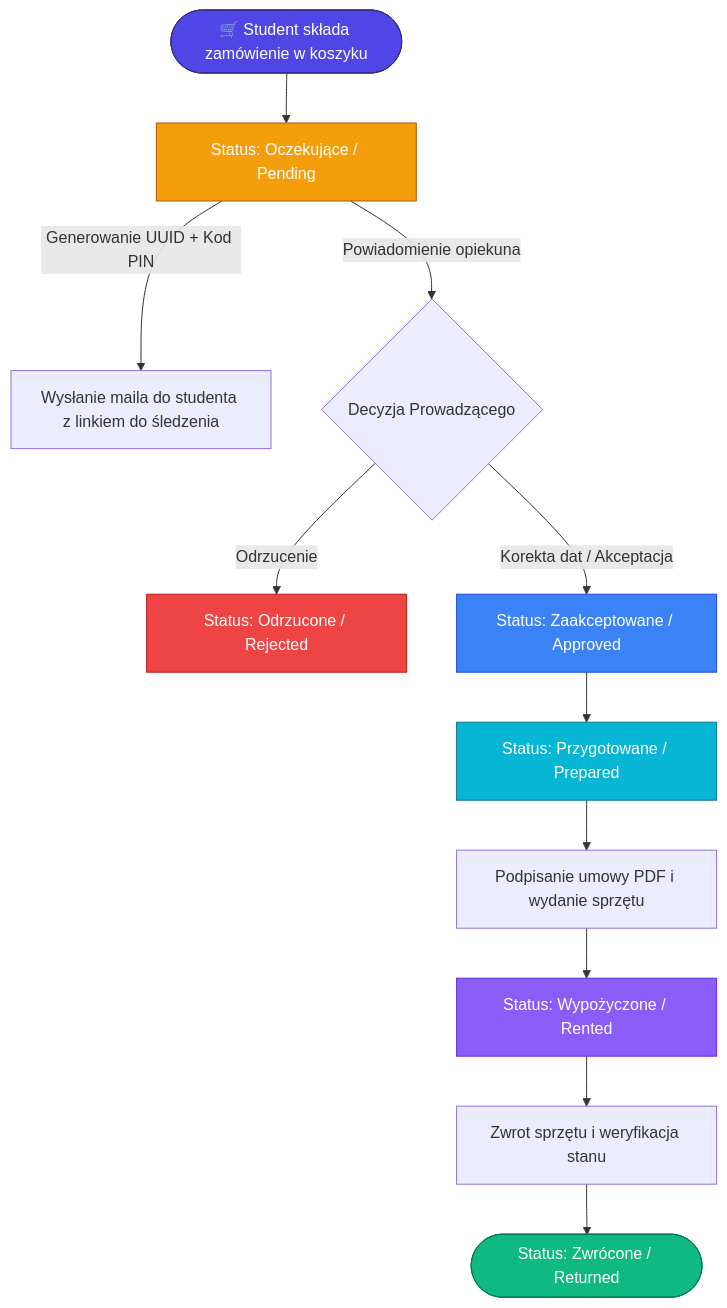
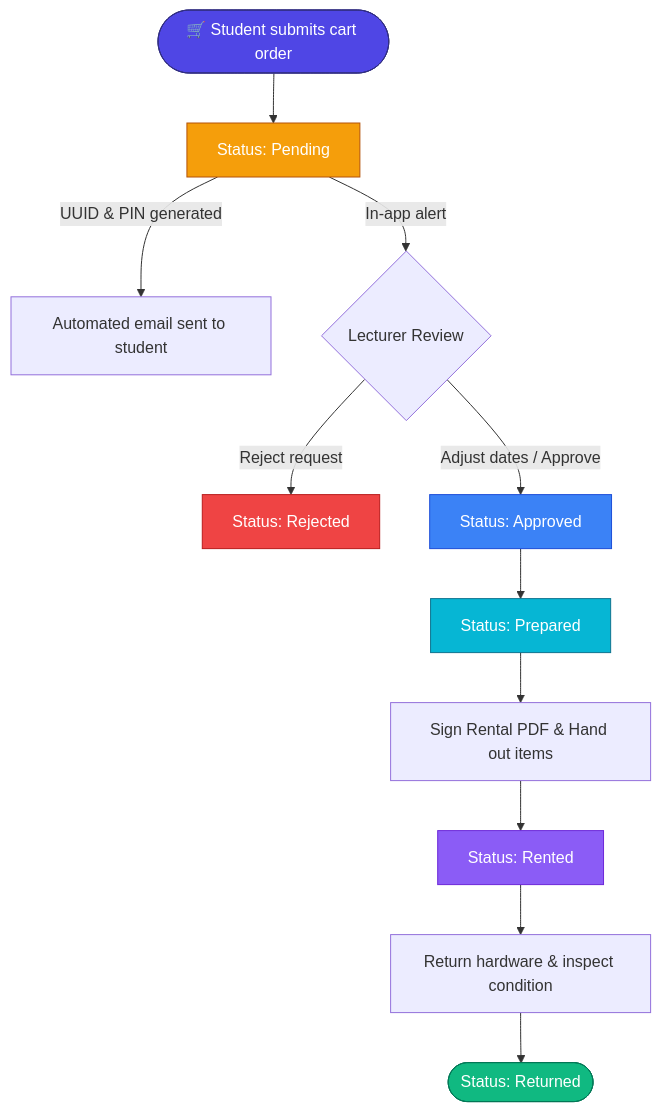
One commit to kkamilll/IoTLab changed the diagram in README.md. Above: the diagram before and after it, drawn with Mermaid. The commit also changed other lines of this file, not shown here.

````diff
--- a/README.md
+++ b/README.md
@@ -95,24 +102,24 @@
 ```mermaid
 flowchart TD
-    A([🛒 Student składa zamówienie w koszyku]) --> B[Status: Oczekujące / Pending]
-    B -->|Generowanie UUID + Kod PIN| C[Wysłanie maila do studenta z linkiem do śledzenia]
-    B -->|Powiadomienie opiekuna| D{Decyzja Prowadzącego}
+    A([🛒 Student submits cart order]) --> B[Status: Pending]
+    B -->|UUID & PIN generated| C[Automated email sent to student]
+    B -->|In-app alert| D{Lecturer Review}
     
-    D -->|Odrzucenie| E[Status: Odrzucone / Rejected]
-    D -->|Korekta dat / Akceptacja| F[Status: Zaakceptowane / Approved]
+    D -->|Reject request| E[Status: Rejected]
+    D -->|Adjust dates / Approve| F[Status: Approved]
     
-    F --> G[Status: Przygotowane / Prepared]
-    G --> H[Podpisanie umowy PDF i wydanie sprzętu]
-    H --> I[Status: Wypożyczone / Rented]
+    F --> G[Status: Prepared]
+    G --> H[Sign Rental PDF & Hand out items]
+    H --> I[Status: Rented]
     
-    I --> J[Zwrot sprzętu i weryfikacja stanu]
-    J --> K([Status: Zwrócone / Returned])
+    I --> J[Return hardware & inspect condition]
+    J --> K([Status: Returned])
 
     style A fill:#4f46e5,stroke:#312e81,color:#fff
     style B fill:#f59e0b,stroke:#b45309,color:#fff
     style F fill:#3b82f6,stroke:#1d4ed8,color:#fff
     style G fill:#06b6d4,stroke:#0e7490,color:#fff
     style I fill:#8b5cf6,stroke:#6d28d9,color:#fff
     style K fill:#10b981,stroke:#047857,color:#fff
     style E fill:#ef4444,stroke:#b91c1c,color:#fff
 ```
````
